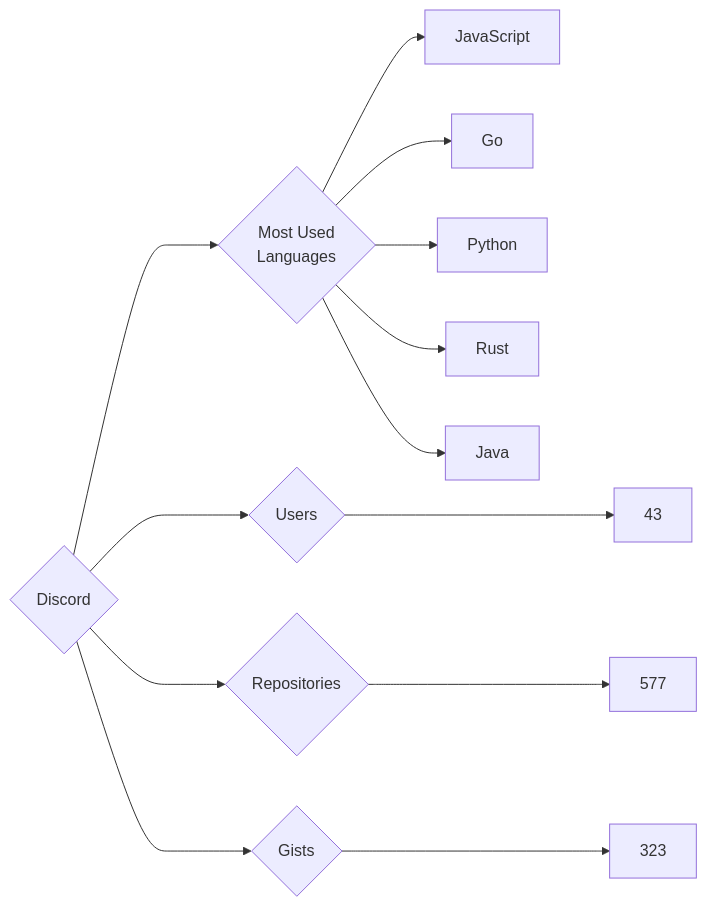
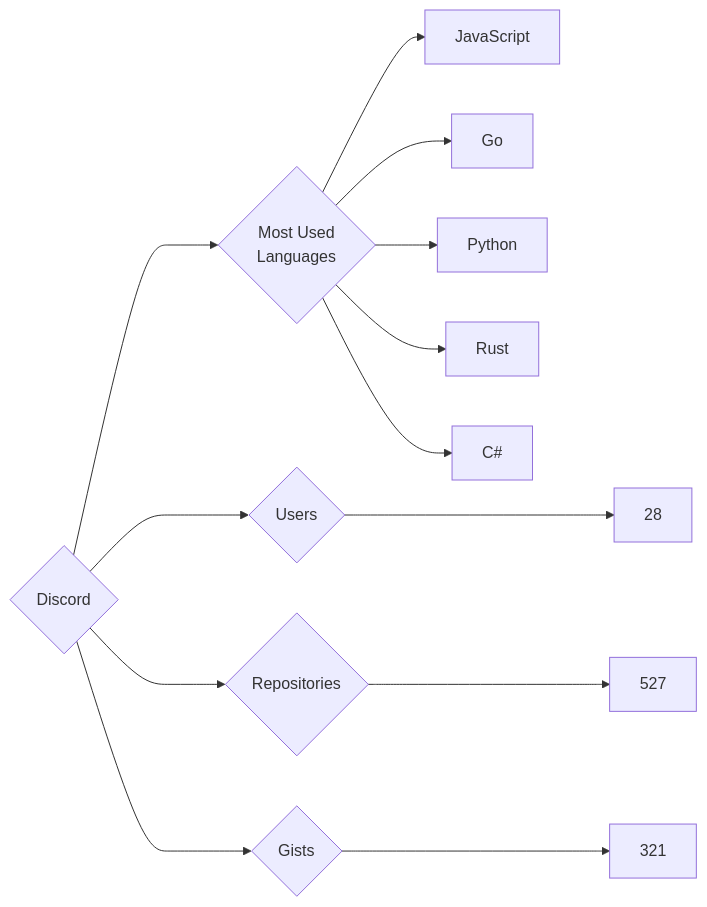
One commit to trickest/insiders changed the diagram in targets/Discord/README.md. Above: the diagram before and after it, drawn with Mermaid. The commit also changed 914 other files, not shown here.

````diff
--- a/targets/Discord/README.md
+++ b/targets/Discord/README.md
@@ -3,13 +3,13 @@
 ```mermaid
 graph LR
 COMPANY_NAME{Discord}
-COMPANY_NAME ---> U{Users} ---> UN[43]
-COMPANY_NAME ---> R{Repositories} ---> RN[577]
-COMPANY_NAME ---> G{Gists} ---> GN[323]
+COMPANY_NAME ---> U{Users} ---> UN[28]
+COMPANY_NAME ---> R{Repositories} ---> RN[527]
+COMPANY_NAME ---> G{Gists} ---> GN[321]
 COMPANY_NAME ---> ML{Most Used<br>Languages}
 ML --> JavaScript[JavaScript]
 ML --> Go[Go]
 ML --> Python[Python]
 ML --> Rust[Rust]
-ML --> Java[Java]
+ML --> C#[C#]
 ```
````
